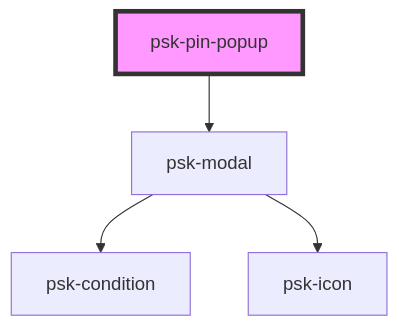
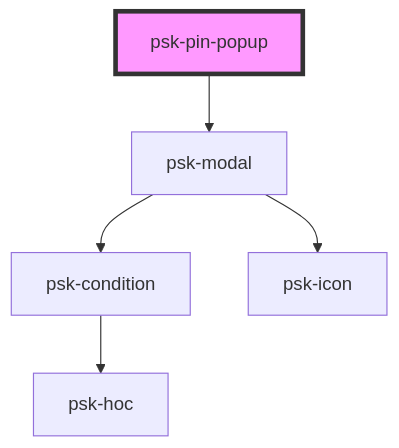
One commit to daniel-visoiu/cardinal changed the diagram in src/components/psk-pin-popup/readme.md. Above: the diagram before and after it, drawn with Mermaid. The commit also changed 9 other files, not shown here.

Commit message:
refactored psk-condition and CustomTheme

````diff
--- a/src/components/psk-pin-popup/readme.md
+++ b/src/components/psk-pin-popup/readme.md
@@ -29,7 +29,8 @@
 ```mermaid
 graph TD;
   psk-pin-popup --> psk-modal
   psk-modal --> psk-condition
   psk-modal --> psk-icon
+  psk-condition --> psk-hoc
   style psk-pin-popup fill:#f9f,stroke:#333,stroke-width:4px
 ```
````
